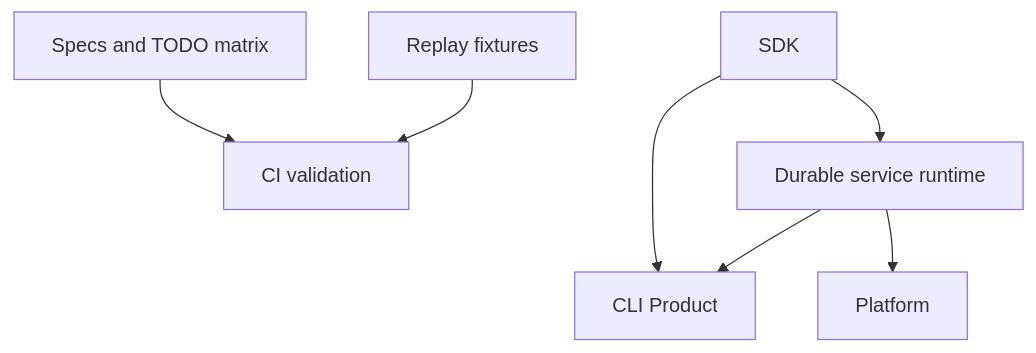
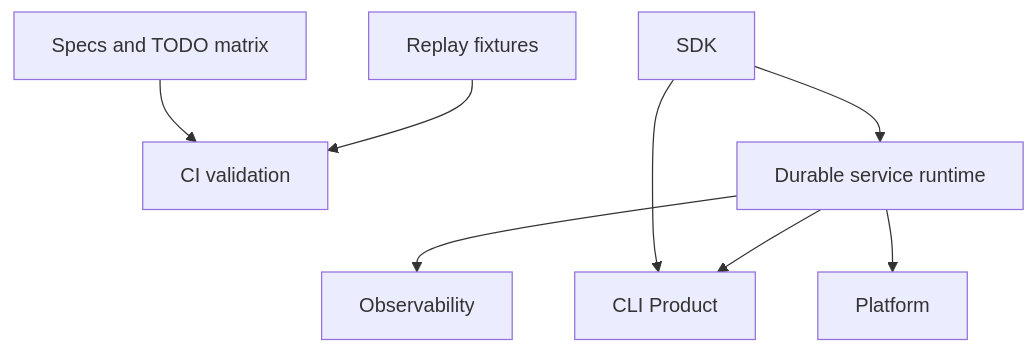
The diagram in spec/ops/README.md (Wh1isper/starweaver), drawn with Mermaid before and after one commit. The commit also changed other lines of this file and 17 other files, not shown here.

````diff
--- a/spec/ops/README.md
+++ b/spec/ops/README.md
@@ -17,17 +19,19 @@
 ```mermaid
 flowchart TD
     ci[CI validation]
     replay[Replay fixtures]
     specs[Specs and TODO matrix]
     sdk[SDK]
     service[Durable service runtime]
     cli[CLI Product]
+    observability[Observability]
     platform[Platform]
 
     specs --> ci
     replay --> ci
     sdk --> service
     sdk --> cli
+    service --> observability
     service --> cli
     service --> platform
 ```
````
